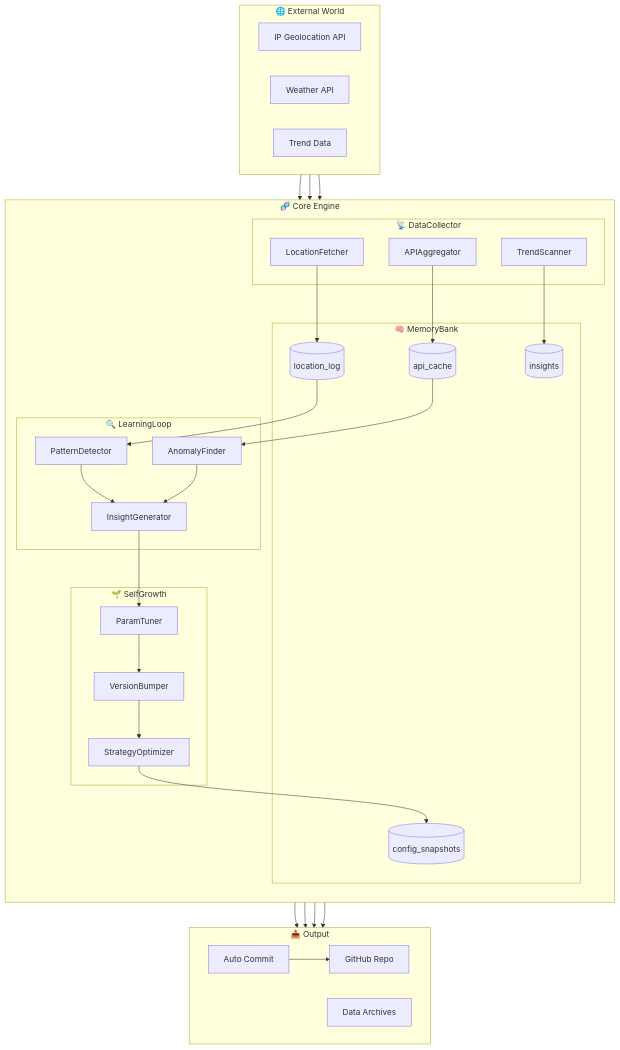
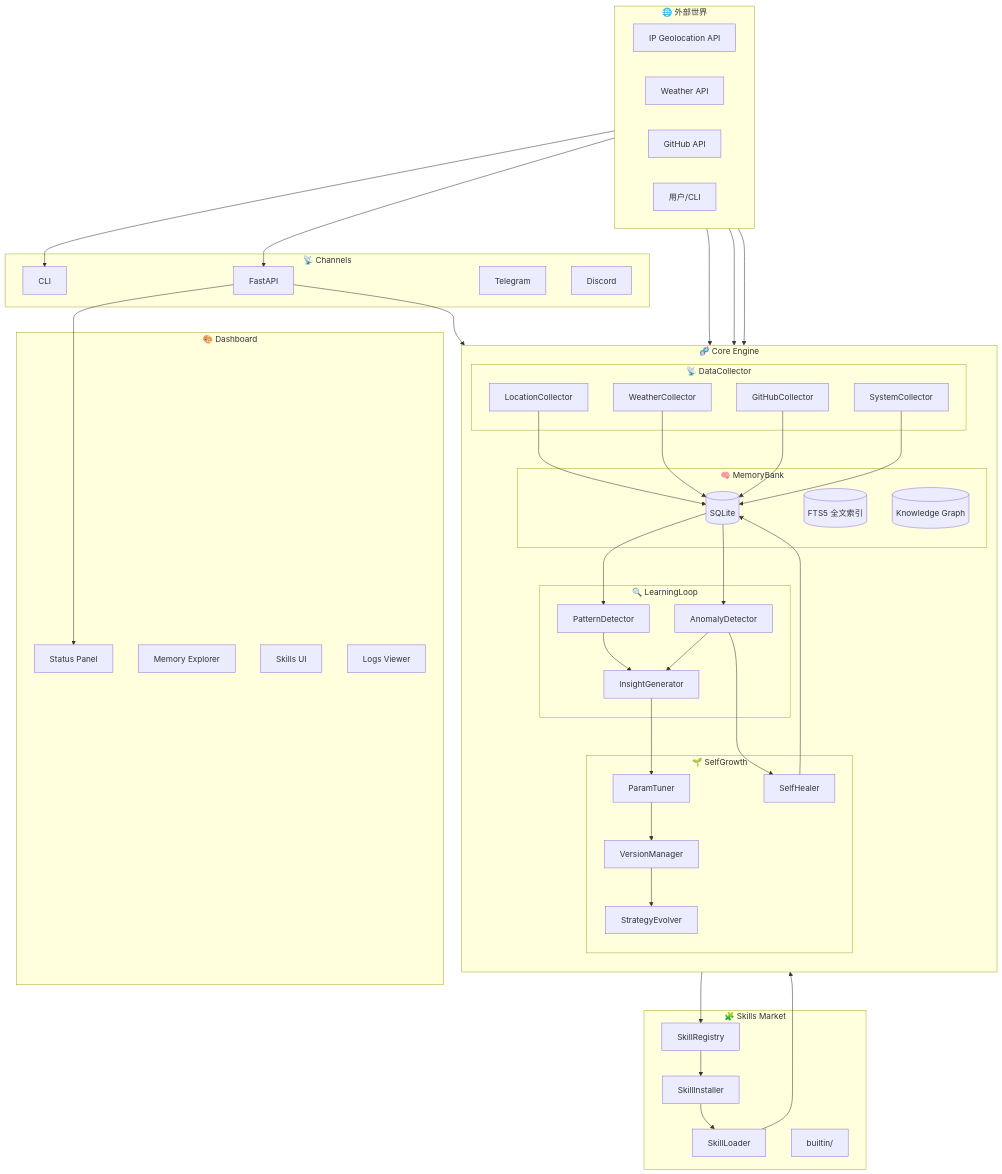
One commit to jincheng3870682453-hash/autonomous-agent changed the second of 5 diagrams in README.md. Above: the diagram before and after it, drawn with Mermaid. The commit also changed other lines of this file and 33 other files, not shown here.

Commit message:
v2.0: Platform-level rewrite - modular architecture, skills marketplace, FastAPI, dashboard, FTS5+Graph memory, self-healing

````diff
--- a/README.md
+++ b/README.md
@@ -189,69 +112,92 @@
 ```mermaid
 flowchart TB
-    subgraph External["🌐 External World"]
+    subgraph External["🌐 外部世界"]
         direction LR
         IP[IP Geolocation API]
         Weather[Weather API]
-        News[Trend Data]
+        GH[GitHub API]
+        User[用户/CLI]
     end
 
-    subgraph Engine["🧬 Core Engine"]
+    subgraph Core["🧬 Core Engine"]
         direction TB
-        
-        subgraph Collect["📡 DataCollector"]
-            C1[LocationFetcher]
-            C2[APIAggregator]
-            C3[TrendScanner]
+
+        subgraph Memory["🧠 MemoryBank"]
+            M1[(SQLite)]
+            M2[(FTS5 全文索引)]
+            M3[(Knowledge Graph)]
         end
 
-        subgraph Memory["🧠 MemoryBank"]
-            M1[(location_log)]
-            M2[(api_cache)]
-            M3[(insights)]
-            M4[(config_snapshots)]
+        subgraph Collect["📡 DataCollector"]
+            C1[LocationCollector]
+            C2[WeatherCollector]
+            C3[GitHubCollector]
+            C4[SystemCollector]
         end
 
         subgraph Learn["🔍 LearningLoop"]
             L1[PatternDetector]
-            L2[AnomalyFinder]
+            L2[AnomalyDetector]
             L3[InsightGenerator]
         end
 
         subgraph Grow["🌱 SelfGrowth"]
             G1[ParamTuner]
-            G2[VersionBumper]
-            G3[StrategyOptimizer]
+            G2[VersionManager]
+            G3[StrategyEvolver]
+            G4[SelfHealer]
         end
     end
 
-    subgraph Output["📤 Output"]
-        direction LR
-        O1[Auto Commit]
-        O2[GitHub Repo]
-        O3[Data Archives]
+    subgraph Skills["🧩 Skills Market"]
+        S1[SkillRegistry]
+        S2[SkillInstaller]
+        S3[SkillLoader]
+        S4[builtin/]
+    end
+
+    subgraph Channels["📡 Channels"]
+        CH1[CLI]
+        CH2[FastAPI]
+        CH3[Telegram]
+        CH4[Discord]
+    end
+
+    subgraph Frontend["🎨 Dashboard"]
+        F1[Status Panel]
+        F2[Memory Explorer]
+        F3[Skills UI]
+        F4[Logs Viewer]
     end
 
     IP --> C1
     Weather --> C2
-    News --> C3
+    GH --> C3
 
     C1 --> M1
-    C2 --> M2
-    C3 --> M3
+    C2 --> M1
+    C3 --> M1
+    C4 --> M1
 
     M1 --> L1
-    M2 --> L2
+    M1 --> L2
     L1 --> L3
     L2 --> L3
 
     L3 --> G1
     G1 --> G2
     G2 --> G3
-    G3 --> M4
+    L2 --> G4
 
-    M4 --> O1
-    O1 --> O2
-    M1 --> O3
-    M2 --> O3
-    M3 --> O3
+    S1 --> S2
+    S2 --> S3
+    S3 --> Core
+
+    User --> CH1
+    User --> CH2
+    CH2 --> Core
+    CH2 --> F1
+
+    G4 --> M1
+    G3 --> S1
 ```
````
